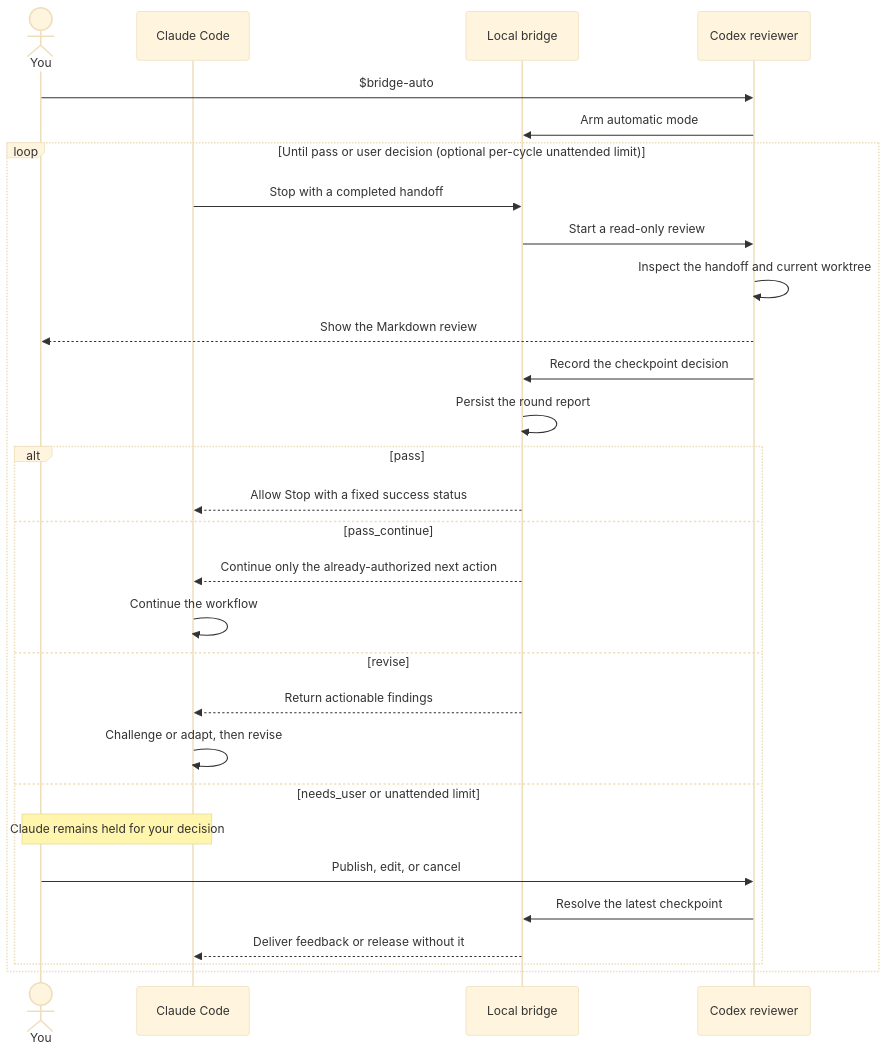
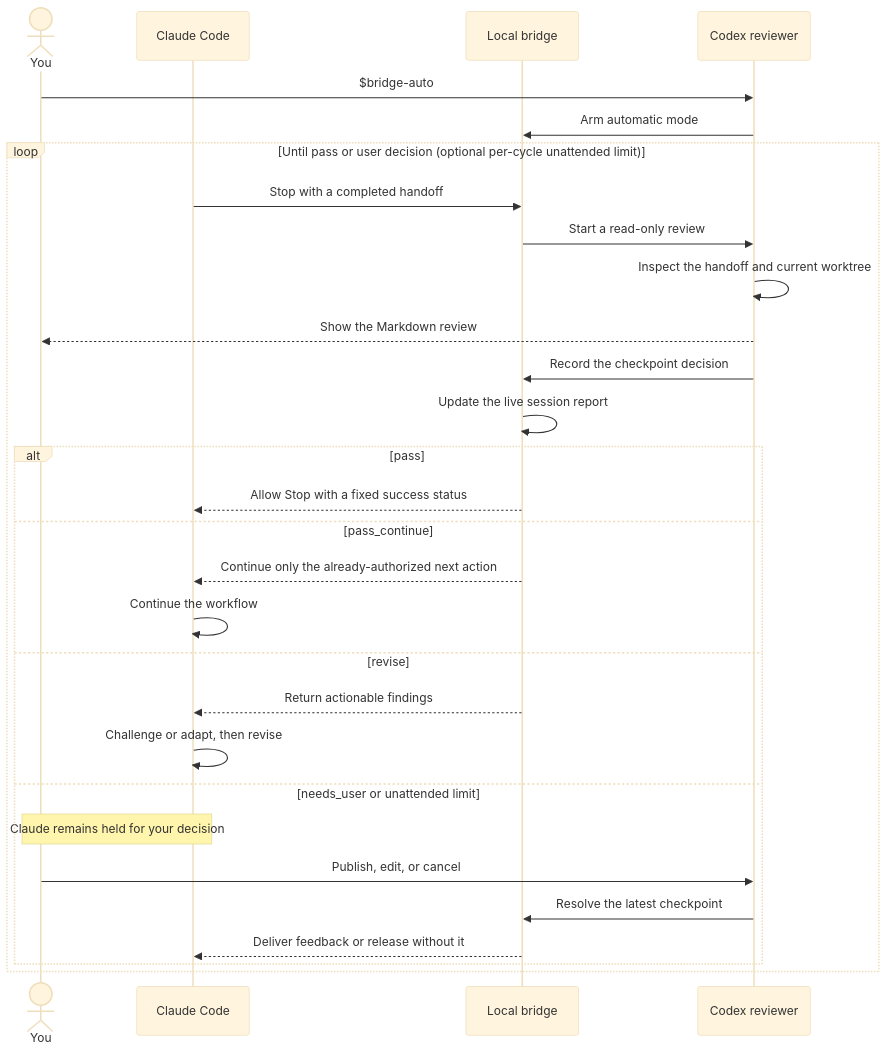
Before and after one commit to uzi0espil/Codex-Claude-Reviewer-Bridge: the diagram in docs/review-workflows.md, drawn with Mermaid (base theme). The commit also changed other lines of this file and 17 other files, not shown here.

Commit message:
feat: add live session checkpoint reports (#20)

````diff
--- a/docs/review-workflows.md
+++ b/docs/review-workflows.md
@@ -51,34 +51,34 @@
 ```mermaid
 sequenceDiagram
     actor U as You
     participant C as Claude Code
     participant B as Local bridge
     participant R as Codex reviewer
 
     U->>R: $bridge-auto
     R->>B: Arm automatic mode
 
     loop Until pass or user decision (optional per-cycle unattended limit)
         C->>B: Stop with a completed handoff
         B->>R: Start a read-only review
         R->>R: Inspect the handoff and current worktree
         R-->>U: Show the Markdown review
         R->>B: Record the checkpoint decision
-        B->>B: Persist the round report
+        B->>B: Update the live session report
 
         alt pass
             B-->>C: Allow Stop with a fixed success status
         else pass_continue
             B-->>C: Continue only the already-authorized next action
             C->>C: Continue the workflow
         else revise
             B-->>C: Return actionable findings
             C->>C: Challenge or adapt, then revise
         else needs_user or unattended limit
             Note over U,C: Claude remains held for your decision
             U->>R: Publish, edit, or cancel
             R->>B: Resolve the latest checkpoint
             B-->>C: Deliver feedback or release without it
         end
     end
 ```
````
